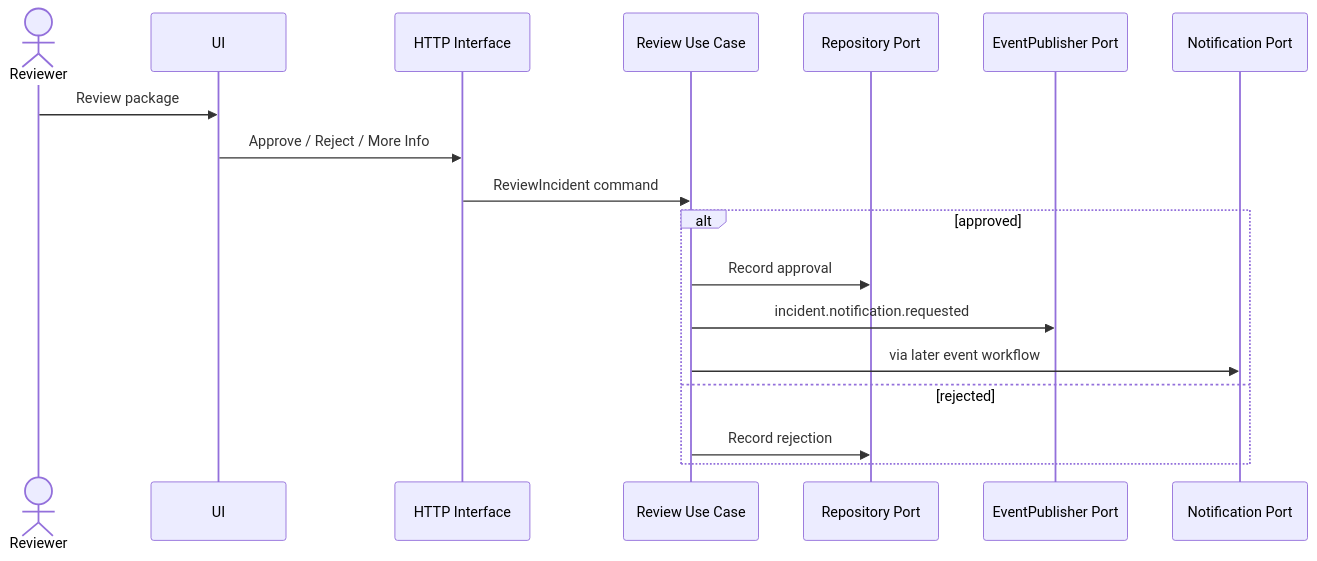
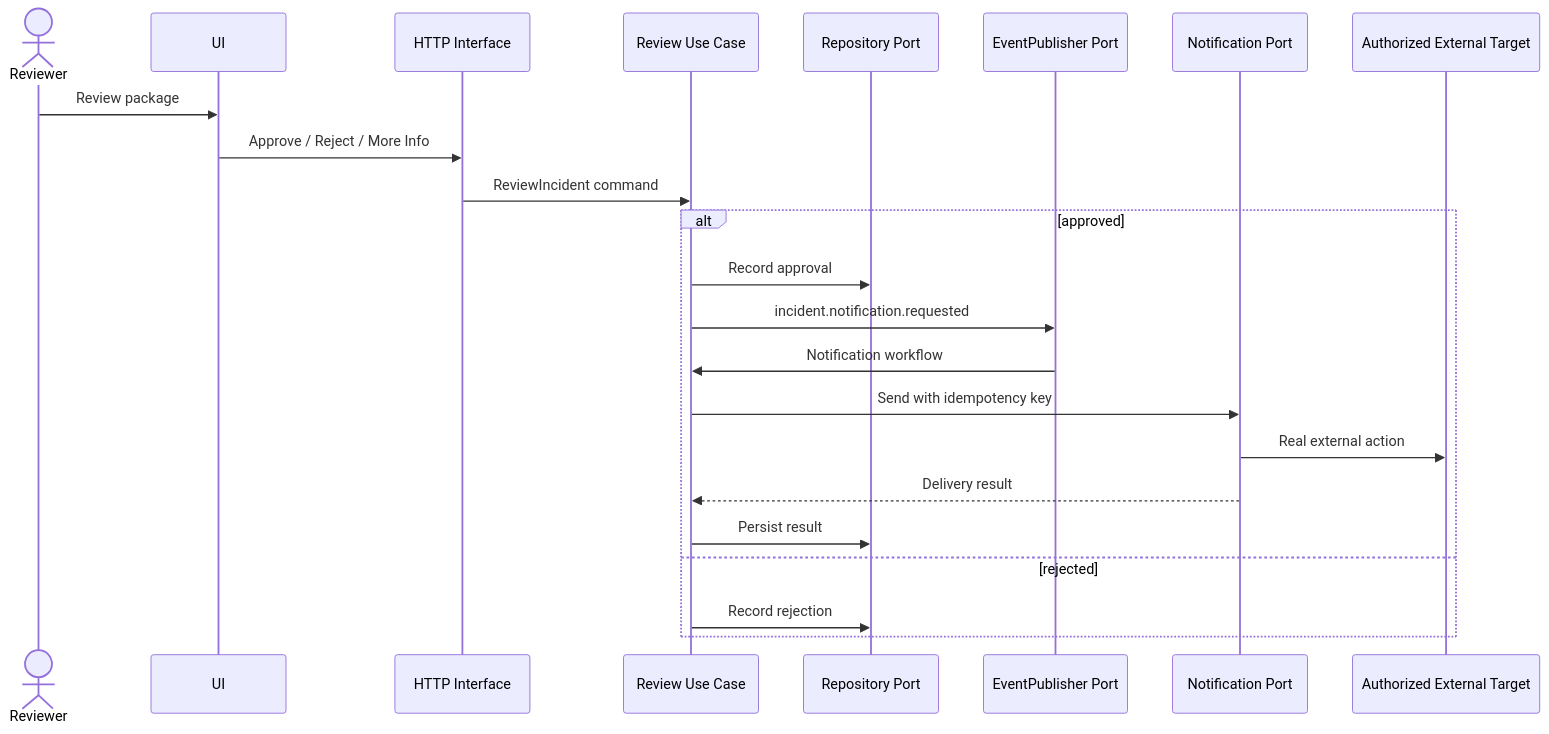
The ninth of 10 diagrams in docs/SYSTEM_DESIGN.md (ronnielutaro/Ngabo-AMR-Surveillance), drawn with Mermaid before and after one commit. The commit also changed other lines of this file, not shown here.

Commit message:
docs(system): add resumability observability and proof of action

````diff
--- a/docs/SYSTEM_DESIGN.md
+++ b/docs/SYSTEM_DESIGN.md
@@ -305,22 +407,27 @@
 ```mermaid
 sequenceDiagram
     actor Reviewer
     participant UI
     participant API as HTTP Interface
     participant App as Review Use Case
     participant Repo as Repository Port
     participant Events as EventPublisher Port
     participant Notify as Notification Port
+    participant Target as Authorized External Target
 
     Reviewer->>UI: Review package
     UI->>API: Approve / Reject / More Info
     API->>App: ReviewIncident command
 
     alt approved
         App->>Repo: Record approval
         App->>Events: incident.notification.requested
-        App->>Notify: via later event workflow
+        Events->>App: Notification workflow
+        App->>Notify: Send with idempotency key
+        Notify->>Target: Real external action
+        Notify-->>App: Delivery result
+        App->>Repo: Persist result
     else rejected
         App->>Repo: Record rejection
     end
 ```
````
